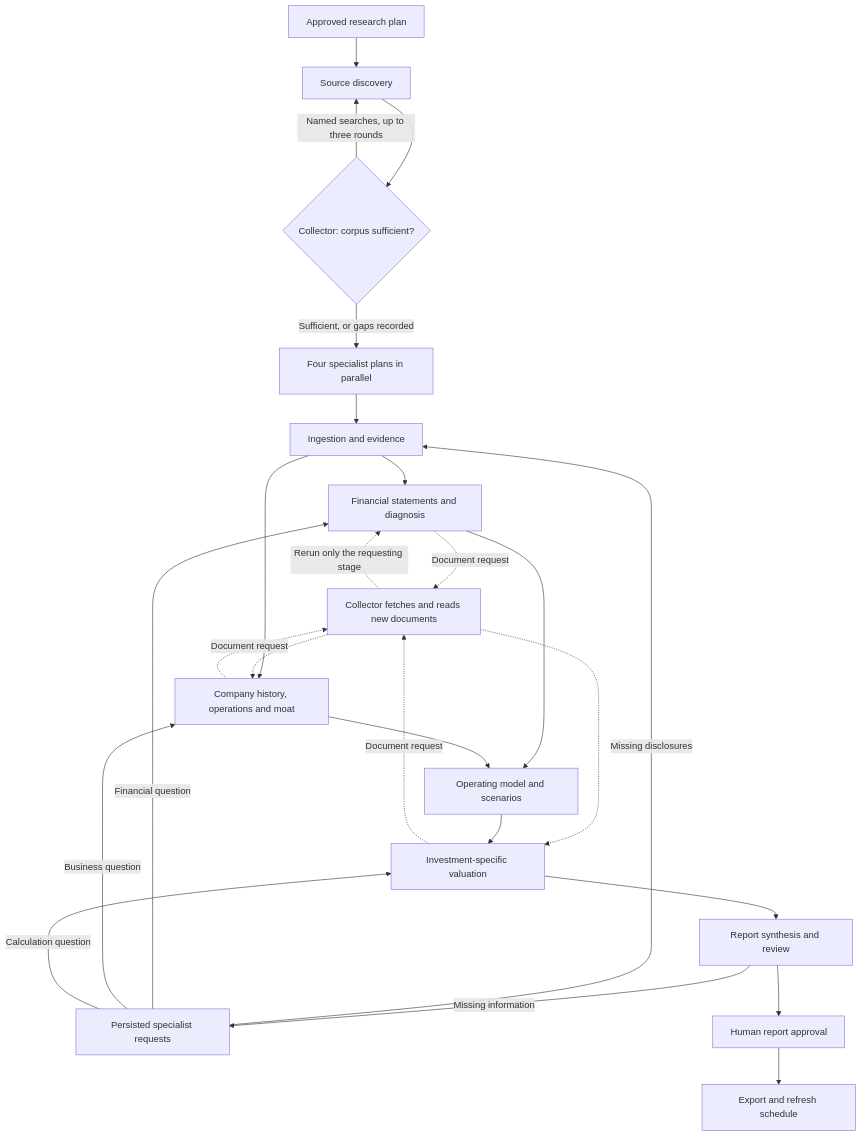
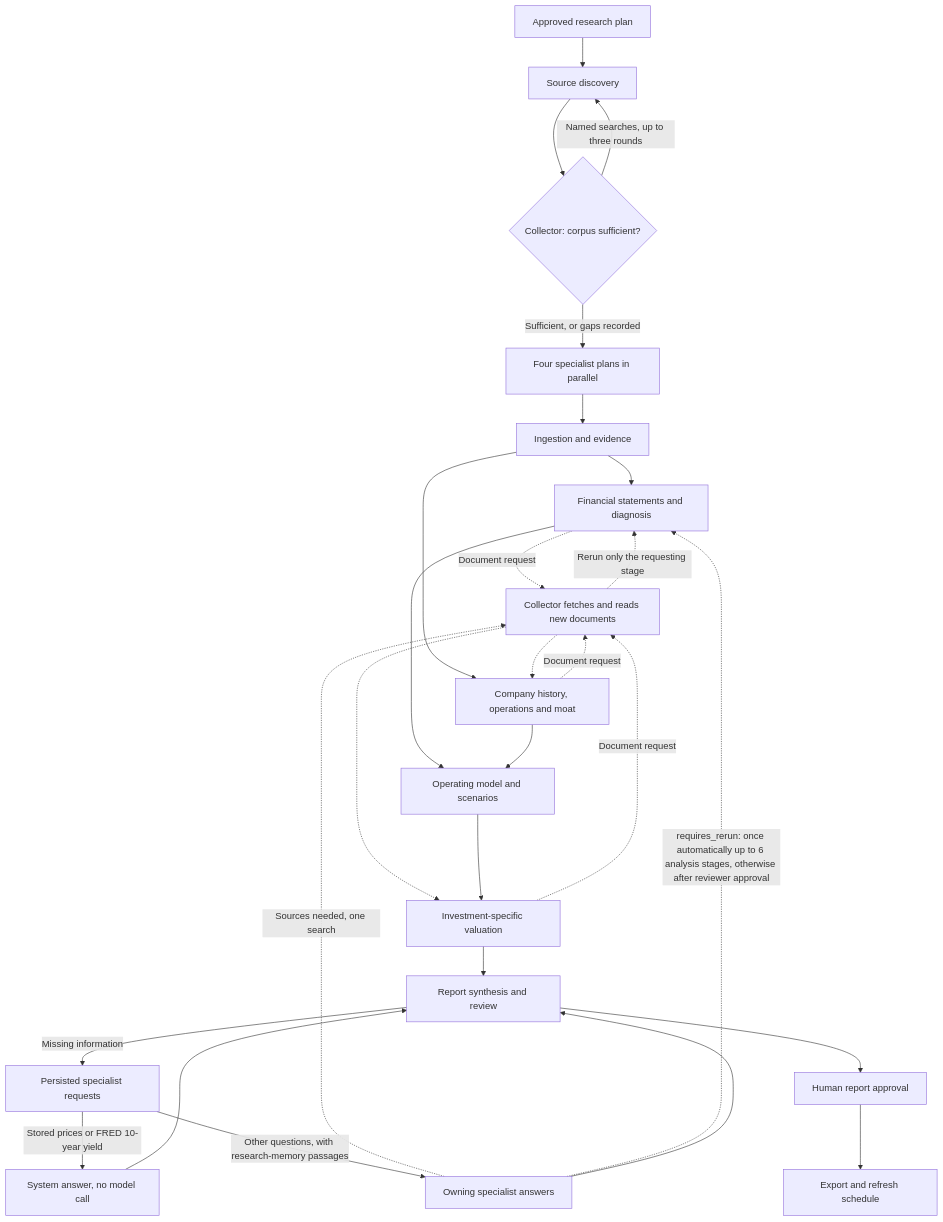
The diagram in docs/system.md (ToRRIIDeR97/Investing-Research-Pipeline), drawn with Mermaid before and after one commit. The commit also changed other lines of this file and 9 other files, not shown here.

First line of the commit message:
docs: document research request routing, re-run approval and in_corpus requests

````diff
--- a/docs/system.md
+++ b/docs/system.md
@@ -47,27 +47,29 @@
 ```mermaid
 flowchart TD
   Plan[Approved research plan] --> Discovery[Source discovery]
   Discovery --> Review{Collector: corpus sufficient?}
   Review -->|Named searches, up to three rounds| Discovery
   Review -->|Sufficient, or gaps recorded| Briefs[Four specialist plans in parallel]
   Briefs --> Data[Ingestion and evidence]
   Data --> Financials[Financial statements and diagnosis]
   Data --> Business[Company history, operations and moat]
   Financials -.->|Document request| Collector[Collector fetches and reads new documents]
   Business -.->|Document request| Collector
   Valuation -.->|Document request| Collector
   Collector -.->|Rerun only the requesting stage| Financials
   Collector -.-> Business
   Collector -.-> Valuation
   Financials --> Scenarios[Operating model and scenarios]
   Business --> Scenarios
   Scenarios --> Valuation[Investment-specific valuation]
   Valuation --> Report[Report synthesis and review]
   Report -->|Missing information| Requests[Persisted specialist requests]
-  Requests -->|Missing disclosures| Data
-  Requests -->|Financial question| Financials
-  Requests -->|Business question| Business
-  Requests -->|Calculation question| Valuation
+  Requests -->|Stored prices or FRED 10-year yield| SystemAnswer[System answer, no model call]
+  Requests -->|Other questions, with research-memory passages| Owner[Owning specialist answers]
+  Owner -.->|Sources needed, one search| Collector
+  Owner -.->|requires_rerun: once automatically up to 6 analysis stages, otherwise after reviewer approval| Financials
+  SystemAnswer --> Report
+  Owner --> Report
   Report --> Human[Human report approval]
   Human --> Export[Export and refresh schedule]
 ```
````
